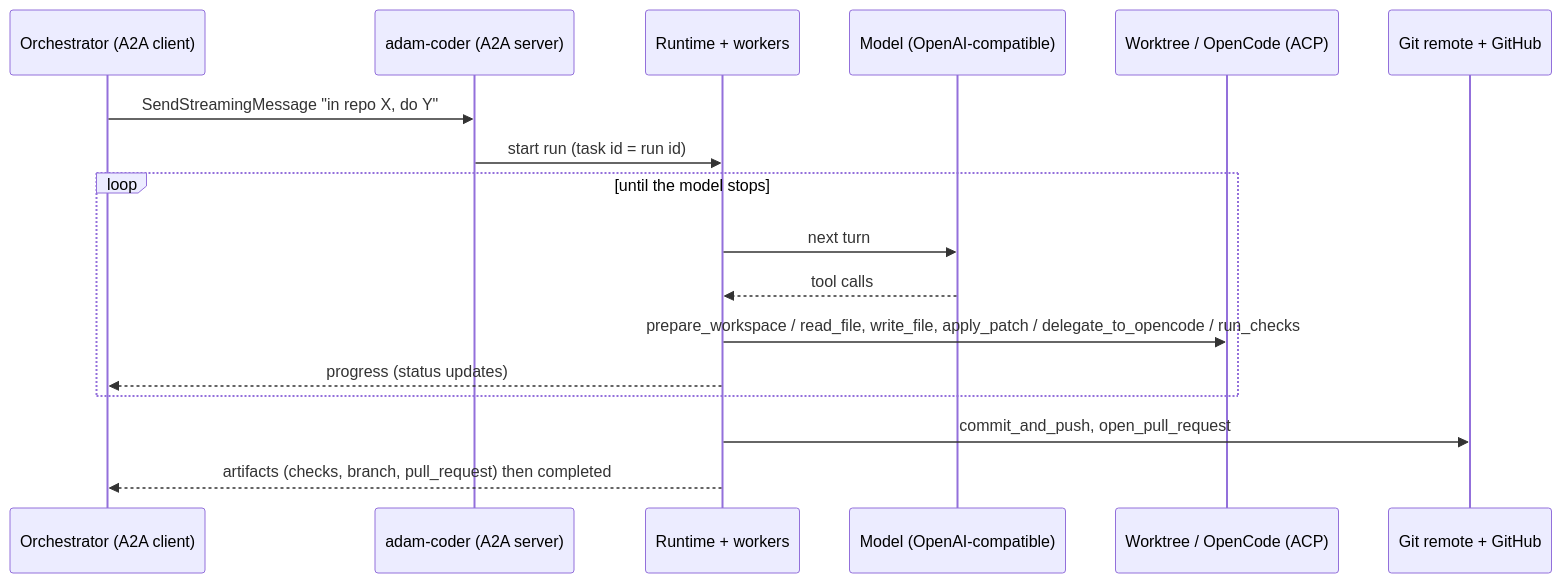
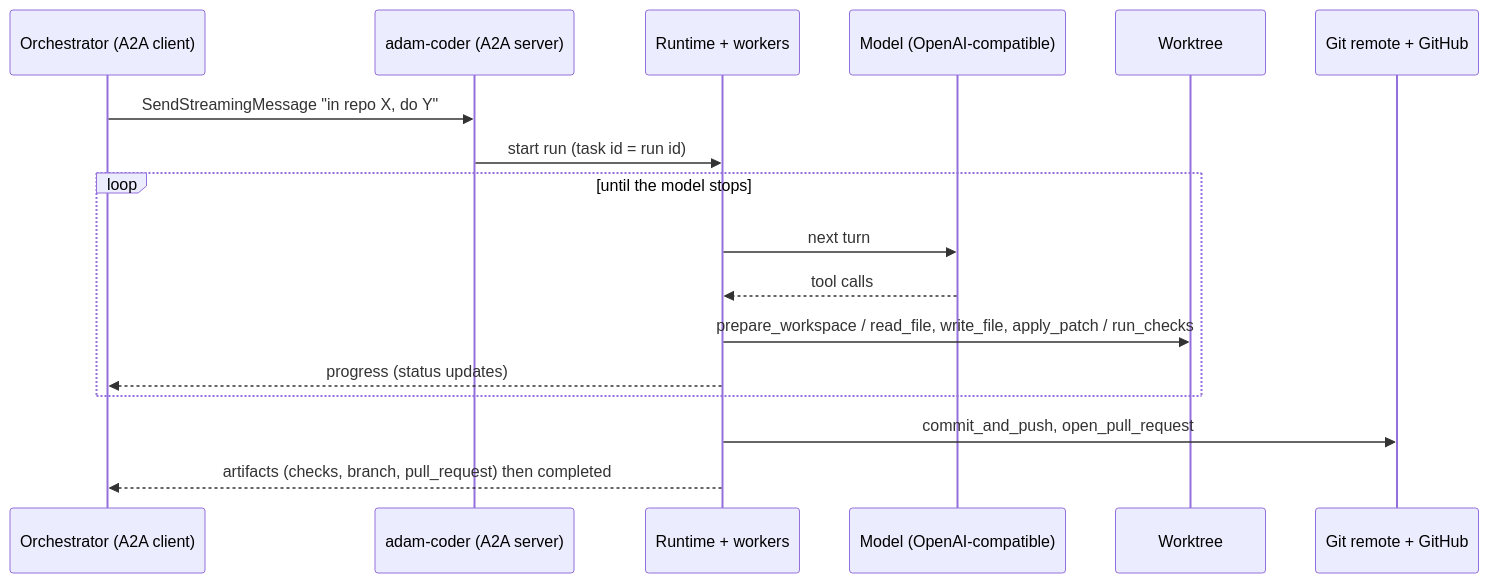
The first of 31 diagrams in bin/adam-coder/README.md (vymalo/another-adam-rs), drawn with Mermaid before and after one commit. The commit also changed other lines of this file and 34 other files, not shown here.

First line of the commit message:
docs: the coder no longer uses OpenCode (ADR 0038, slice 5 of ADR 0044)

````diff
--- a/bin/adam-coder/README.md
+++ b/bin/adam-coder/README.md
@@ -25,19 +24,19 @@
 ```mermaid
 sequenceDiagram
   participant O as Orchestrator (A2A client)
   participant S as adam-coder (A2A server)
   participant R as Runtime + workers
   participant M as Model (OpenAI-compatible)
-  participant W as Worktree / OpenCode (ACP)
+  participant W as Worktree
   participant G as Git remote + GitHub
   O->>S: SendStreamingMessage "in repo X, do Y"
   S->>R: start run (task id = run id)
   loop until the model stops
     R->>M: next turn
     M-->>R: tool calls
-    R->>W: prepare_workspace / read_file, write_file, apply_patch / delegate_to_opencode / run_checks
+    R->>W: prepare_workspace / read_file, write_file, apply_patch / run_checks
     R-->>O: progress (status updates)
   end
   R->>G: commit_and_push, open_pull_request
   R-->>O: artifacts (checks, branch, pull_request) then completed
 ```
````
